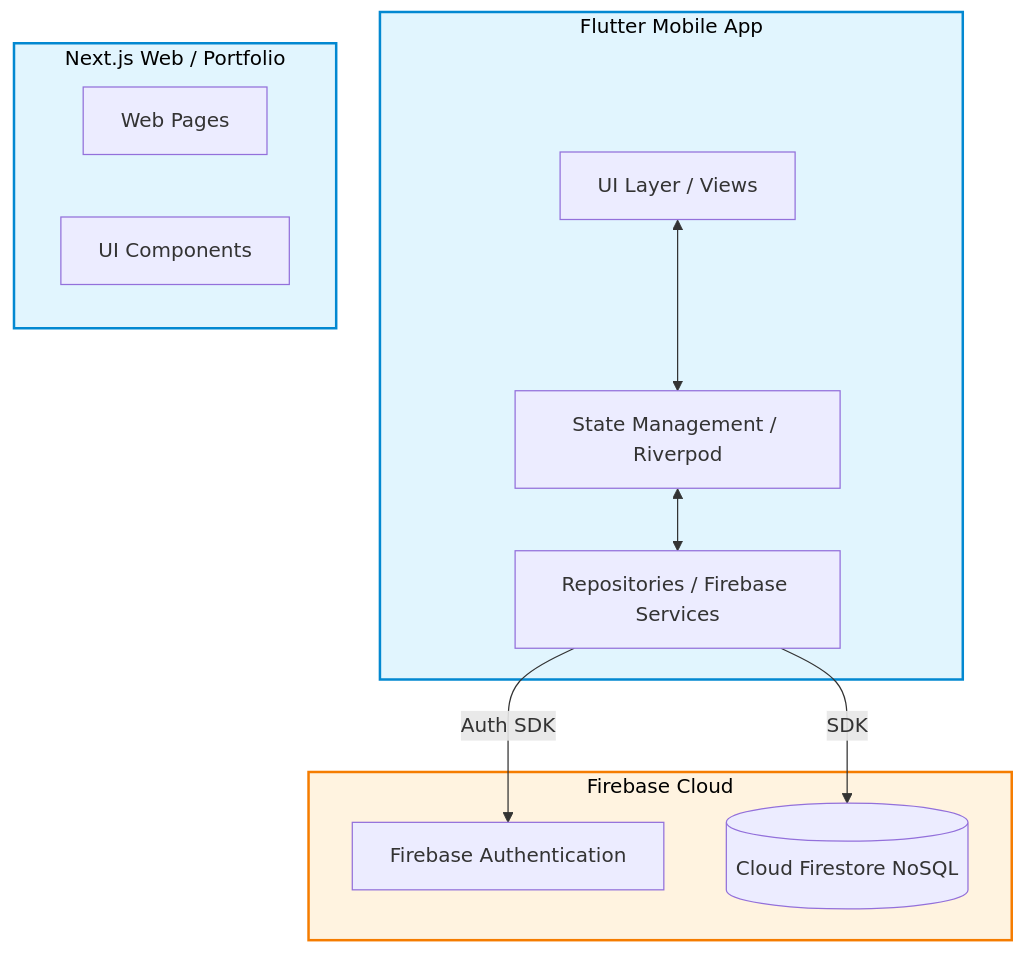
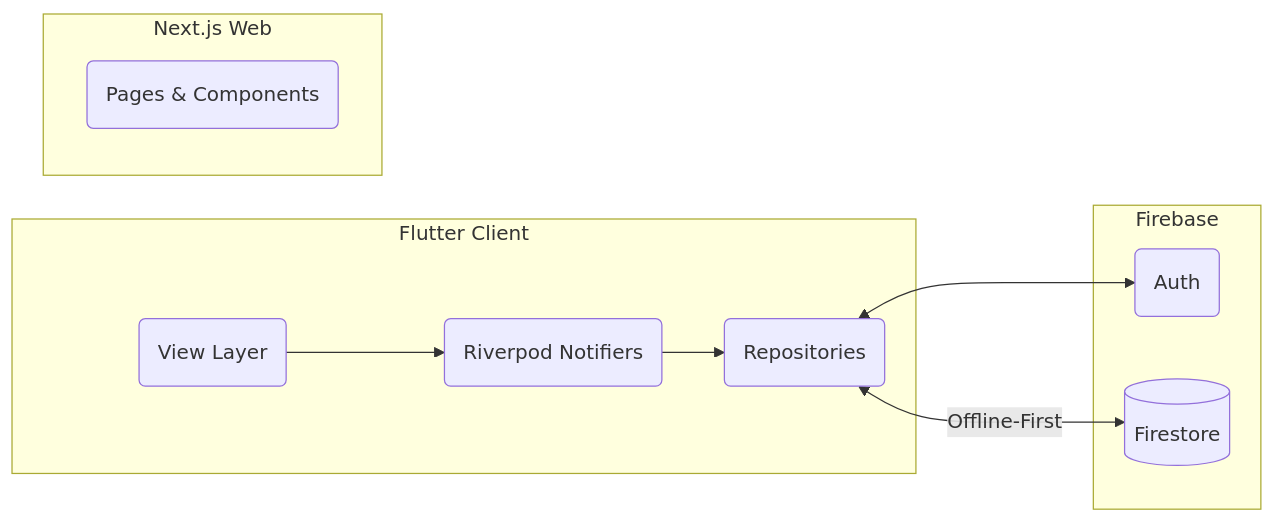
Before and after one commit to brunoramirez/rpe-showcase: the first of 2 diagrams in README.md, drawn with Mermaid. The commit also changed other lines of this file, not shown here.

````diff
--- a/README.md
+++ b/README.md
@@ -65,34 +47,19 @@
 ```mermaid
-graph TD
-    %% Mobile Clients
-    subgraph MobileClient [Flutter Mobile App]
-        UI[UI Layer / Views]
-        State[State Management / Riverpod]
-        Repos[Repositories / Firebase Services]
-        
-        UI <--> State
-        State <--> Repos
+flowchart LR
+    subgraph Mobile [Flutter Client]
+        UI(View Layer) --> State(Riverpod Notifiers)
+        State --> Repos(Repositories)
+    end
+    
+    subgraph Web [Next.js Web]
+        React(Pages & Components)
+    end
+    
+    subgraph Cloud [Firebase]
+        Auth(Auth)
+        DB[(Firestore)]
     end
 
-    %% Web Client
-    subgraph WebClient [Next.js Web / Portfolio]
-        Pages[Web Pages]
-        Components[UI Components]
-    end
-
-    %% Firebase Cloud Infrastructure
-    subgraph FirebaseCloud [Firebase Cloud]
-        Auth[Firebase Authentication]
-        Firestore[(Cloud Firestore NoSQL)]
-    end
-
-    %% Connections
-    Repos -->|SDK| Firestore
-    Repos -->|Auth SDK| Auth
-
-    %% Styling
-    classDef client fill:#e1f5fe,stroke:#0288d1,stroke-width:2px,color:#000
-    classDef cloud fill:#fff3e0,stroke:#f57c00,stroke-width:2px,color:#000
-    class MobileClient,WebClient client
-    class FirebaseCloud cloud
+    Repos <-->|Offline-First| DB
+    Repos <--> Auth
 ```
````
